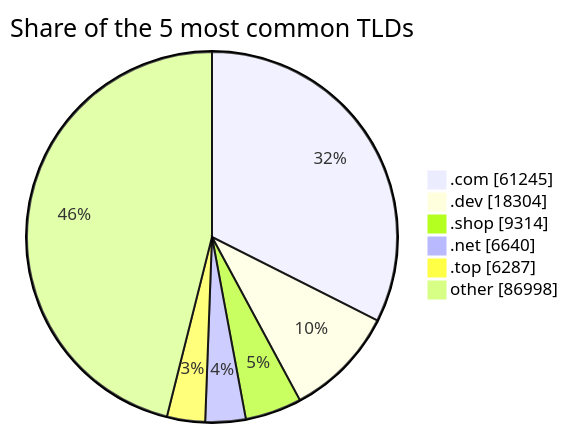
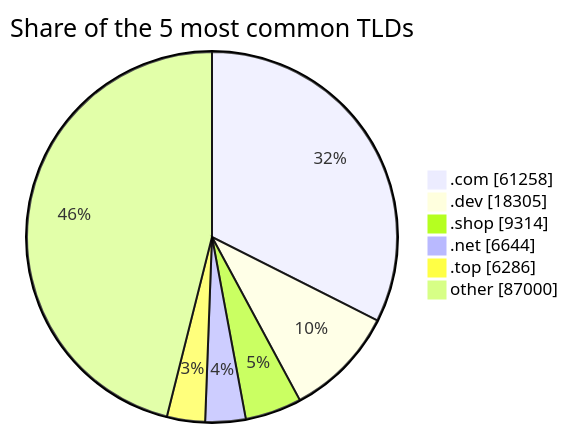
Before and after one commit to DNSBunker/CTI: the third of 3 diagrams in README.md, drawn with Mermaid. The commit also changed other lines of this file and 3 other files, not shown here.

````diff
--- a/README.md
+++ b/README.md
@@ -81,9 +81,9 @@
 ```mermaid
 pie showData title Share of the 5 most common TLDs
-    ".com" : 61245
-    ".dev" : 18304
+    ".com" : 61258
+    ".dev" : 18305
     ".shop" : 9314
-    ".net" : 6640
-    ".top" : 6287
-    "other" : 86998
+    ".net" : 6644
+    ".top" : 6286
+    "other" : 87000
 ```
````
